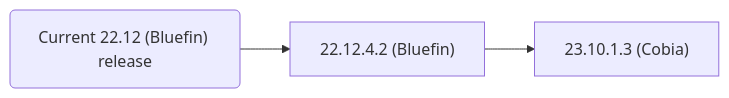
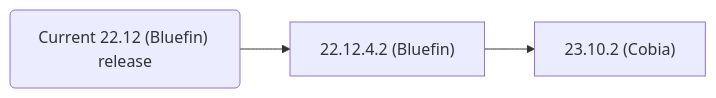
One commit to truenas/documentation changed the second of 2 diagrams in content/GettingStarted/SCALEReleaseNotes.md. Above: the diagram before and after it, drawn with Mermaid. The commit also changed other lines of this file, not shown here.

```diff
--- a/content/GettingStarted/SCALEReleaseNotes.md
+++ b/content/GettingStarted/SCALEReleaseNotes.md
@@ -137,4 +137,4 @@
 {{< mermaid class="mermaid_sizing" >}}
 flowchart LR
-A("Current 22.12 (Bluefin) release") --> B["22.12.4.2 (Bluefin)"] --> C["23.10.1.3 (Cobia)"]
+A("Current 22.12 (Bluefin) release") --> B["22.12.4.2 (Bluefin)"] --> C["23.10.2 (Cobia)"]
 {{< /mermaid >}}
```
